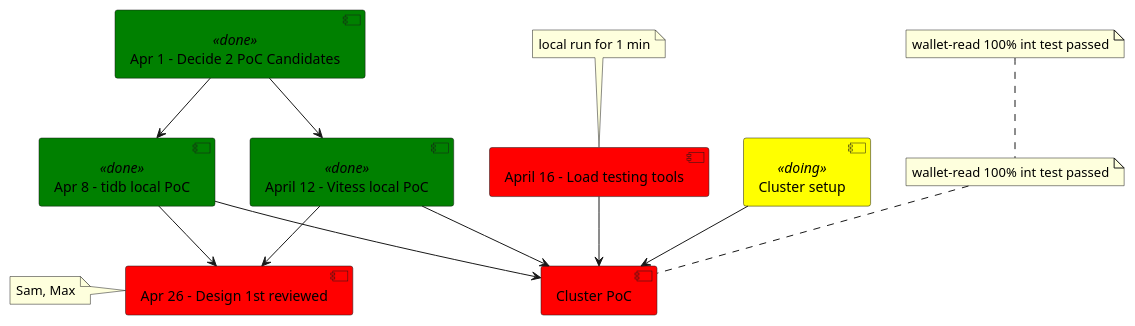
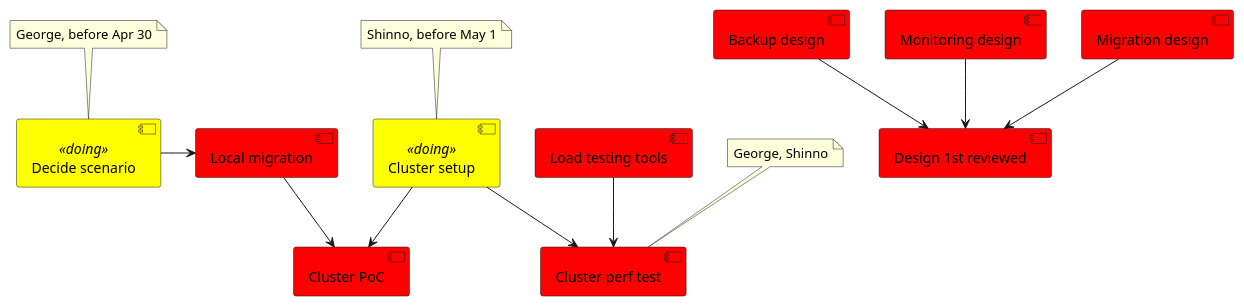
Before and after one commit to george24601/notes: the second of 3 diagrams in pm/plan.plantuml, drawn with PlantUML. The commit also changed 5 other files, not shown here.

```diff
--- a/pm/plan.plantuml
+++ b/pm/plan.plantuml
@@ -14,26 +14,22 @@
 @startuml
 
 skinparam component {
 	backgroundColor<<done>> Green
 	backgroundColor<<doing>> Yellow
 	backgroundColor Red
 }
-[Apr 1 - Decide 2 PoC Candidates]  <<done>>
-[Apr 8 - tidb local PoC] <<done>>
-[April 12 - Vitess local PoC] <<done>>
-[April 16 - Load testing tools]  
-note top : local run for 1 min
+
+[Decide scenario]<<doing>> 
+note top: George, before Apr 30
 [Cluster setup]<<doing>>
-
-[April 16 - Load testing tools]  --> [Cluster PoC]
+note top: Shinno, before May 1
+[Load testing tools]  --> [Cluster perf test]
+note top: George, Shinno
+[Cluster setup] --> [Cluster perf test]
 [Cluster setup] --> [Cluster PoC]
-[Apr 8 - tidb local PoC] --> [Cluster PoC]
-[April 12 - Vitess local PoC] --> [Cluster PoC]
-[Apr 1 - Decide 2 PoC Candidates] --> [Apr 8 - tidb local PoC]
-note top: wallet-read 100% int test passed
-[Apr 1 - Decide 2 PoC Candidates] --> [April 12 - Vitess local PoC]
-note top: wallet-read 100% int test passed
-[Apr 8 - tidb local PoC] -->[Apr 26 - Design 1st reviewed]
-[April 12 - Vitess local PoC] -->[Apr 26 - Design 1st reviewed]
-note left of [Apr 26 - Design 1st reviewed]: Sam, Max
+[Decide scenario] -> [Local migration]
+[Local migration] --> [Cluster PoC]
+[Backup design] --> [Design 1st reviewed]
+[Monitoring design] --> [Design 1st reviewed]
+[Migration design] --> [Design 1st reviewed]
 @enduml
```
